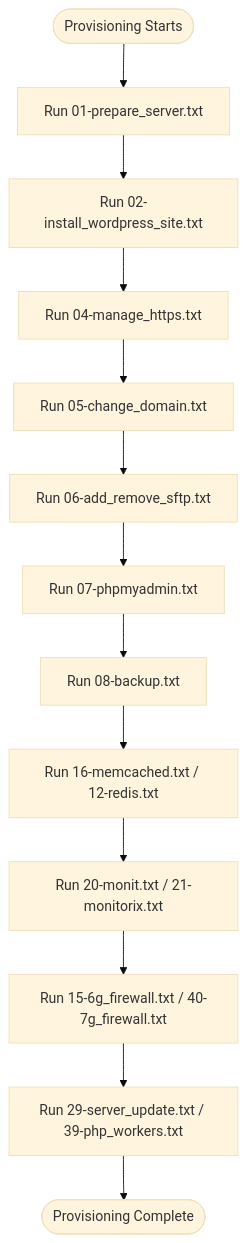
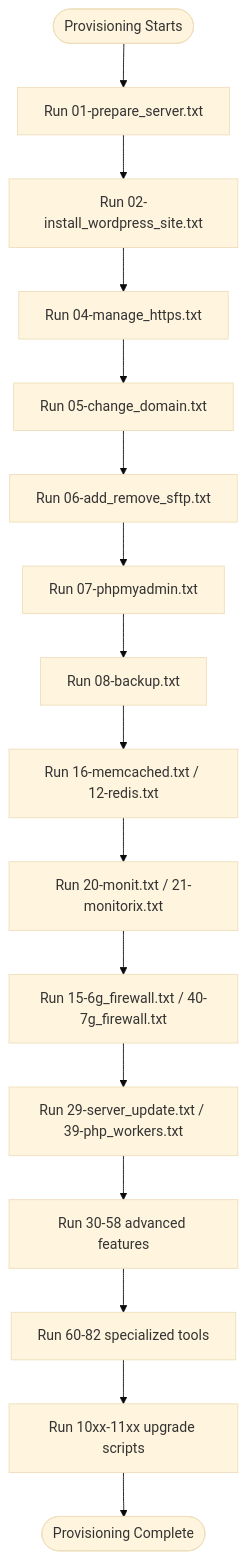
The third of 6 diagrams in .qoder/repowiki/en/content/WordPress Application Engine/Server Provisioning Scripts/Server Provisioning Scripts.md (onedogsolutions/simple-stack), drawn with Mermaid (base theme) before and after one commit. The commit also changed other lines of this file and 181 other files, not shown here.

````diff
--- a/.qoder/repowiki/en/content/WordPress Application Engine/Server Provisioning Scripts/Server Provisioning Scripts.md
+++ b/.qoder/repowiki/en/content/WordPress Application Engine/Server Provisioning Scripts/Server Provisioning Scripts.md
@@ -167,15 +184,18 @@
 ```mermaid
 flowchart TD
 Start(["Provisioning Starts"]) --> Prep["Run 01-prepare_server.txt"]
 Prep --> Site["Run 02-install_wordpress_site.txt"]
 Site --> HTTPS["Run 04-manage_https.txt"]
 HTTPS --> Domain["Run 05-change_domain.txt"]
 Domain --> SFTP["Run 06-add_remove_sftp.txt"]
 SFTP --> DBTools["Run 07-phpmyadmin.txt"]
 DBTools --> Backup["Run 08-backup.txt"]
 Backup --> Cache["Run 16-memcached.txt / 12-redis.txt"]
 Cache --> Monitoring["Run 20-monit.txt / 21-monitorix.txt"]
 Monitoring --> Security["Run 15-6g_firewall.txt / 40-7g_firewall.txt"]
 Security --> Maintenance["Run 29-server_update.txt / 39-php_workers.txt"]
-Maintenance --> End(["Provisioning Complete"])
+Maintenance --> Advanced["Run 30-58 advanced features"]
+Advanced --> Specialized["Run 60-82 specialized tools"]
+Specialized --> Upgrades["Run 10xx-11xx upgrade scripts"]
+Upgrades --> End(["Provisioning Complete"])
 ```
````
